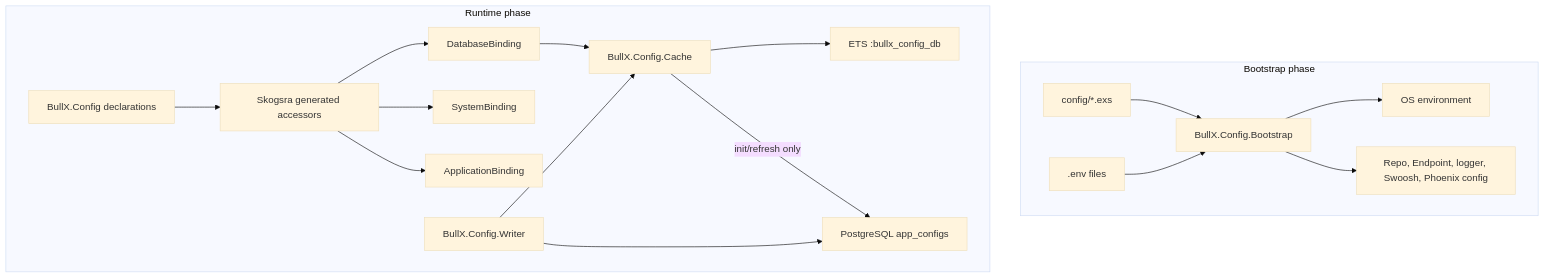
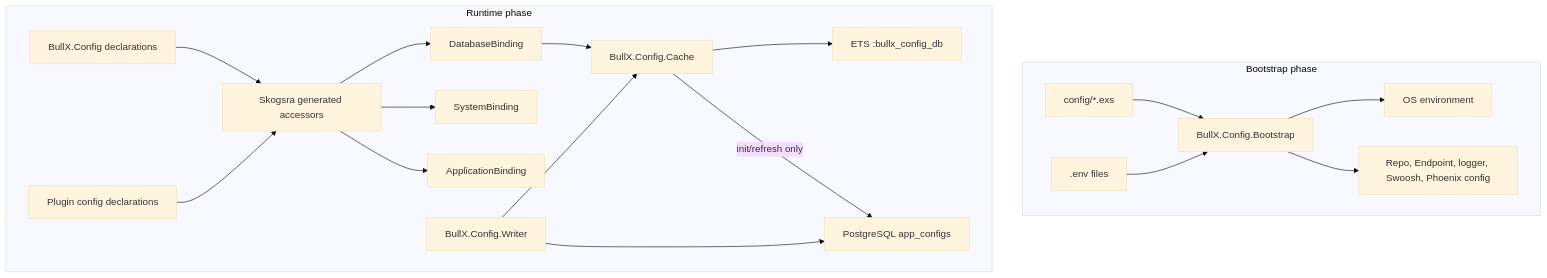
The first of 2 diagrams in docs/design-docs/Configuration.md (AgentBull/ankole), drawn with Mermaid (base theme) before and after one commit. The commit also changed other lines of this file and 71 other files, not shown here.

````diff
--- a/docs/design-docs/Configuration.md
+++ b/docs/design-docs/Configuration.md
@@ -55,37 +63,39 @@
 ```mermaid
 flowchart TD
   subgraph Bootstrap["Bootstrap phase"]
     ConfigFiles["config/*.exs"]
     BootstrapHelper["BullX.Config.Bootstrap"]
     Dotenv[".env files"]
     OSEnv["OS environment"]
     BootTargets["Repo, Endpoint, logger, Swoosh, Phoenix config"]
   end
 
   subgraph Runtime["Runtime phase"]
     Decl["BullX.Config declarations"]
+    PluginDecl["Plugin config declarations"]
     Skogsra["Skogsra generated accessors"]
     DBBinding["DatabaseBinding"]
     SysBinding["SystemBinding"]
     AppBinding["ApplicationBinding"]
     Cache["BullX.Config.Cache"]
     ETS["ETS :bullx_config_db"]
     Repo["PostgreSQL app_configs"]
     Writer["BullX.Config.Writer"]
   end
 
   ConfigFiles --> BootstrapHelper
   Dotenv --> BootstrapHelper
   BootstrapHelper --> OSEnv
   BootstrapHelper --> BootTargets
 
   Decl --> Skogsra
+  PluginDecl --> Skogsra
   Skogsra --> DBBinding
   Skogsra --> SysBinding
   Skogsra --> AppBinding
   DBBinding --> Cache
   Cache --> ETS
   Cache -- init/refresh only --> Repo
   Writer --> Repo
   Writer --> Cache
 ```
````
